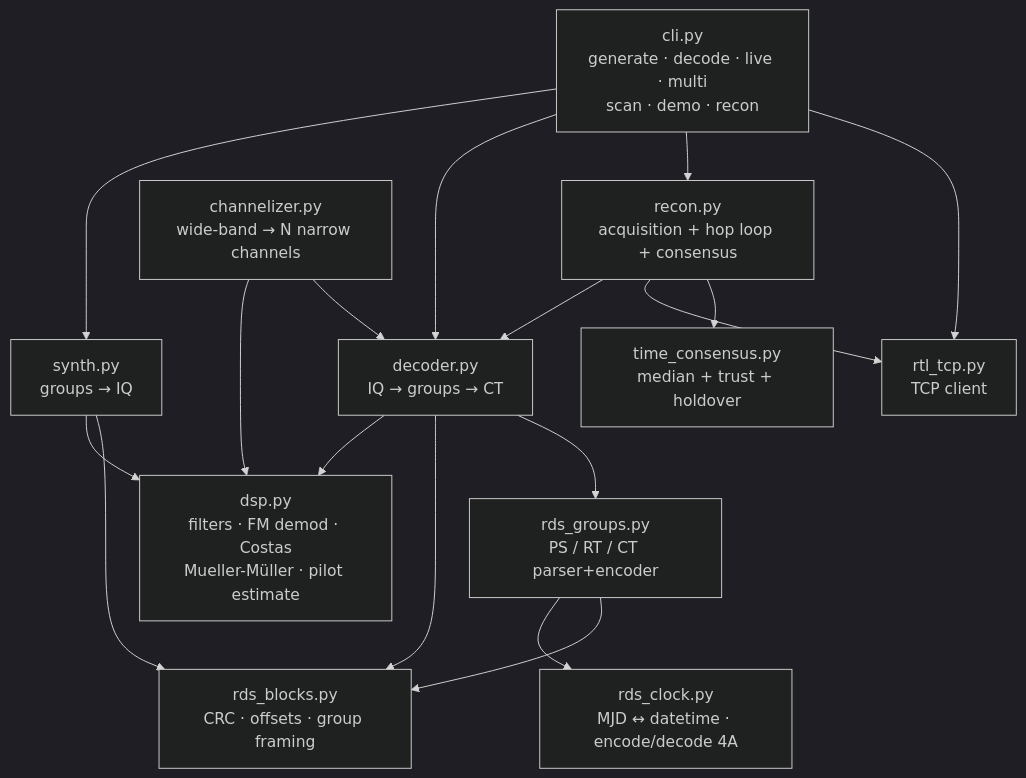
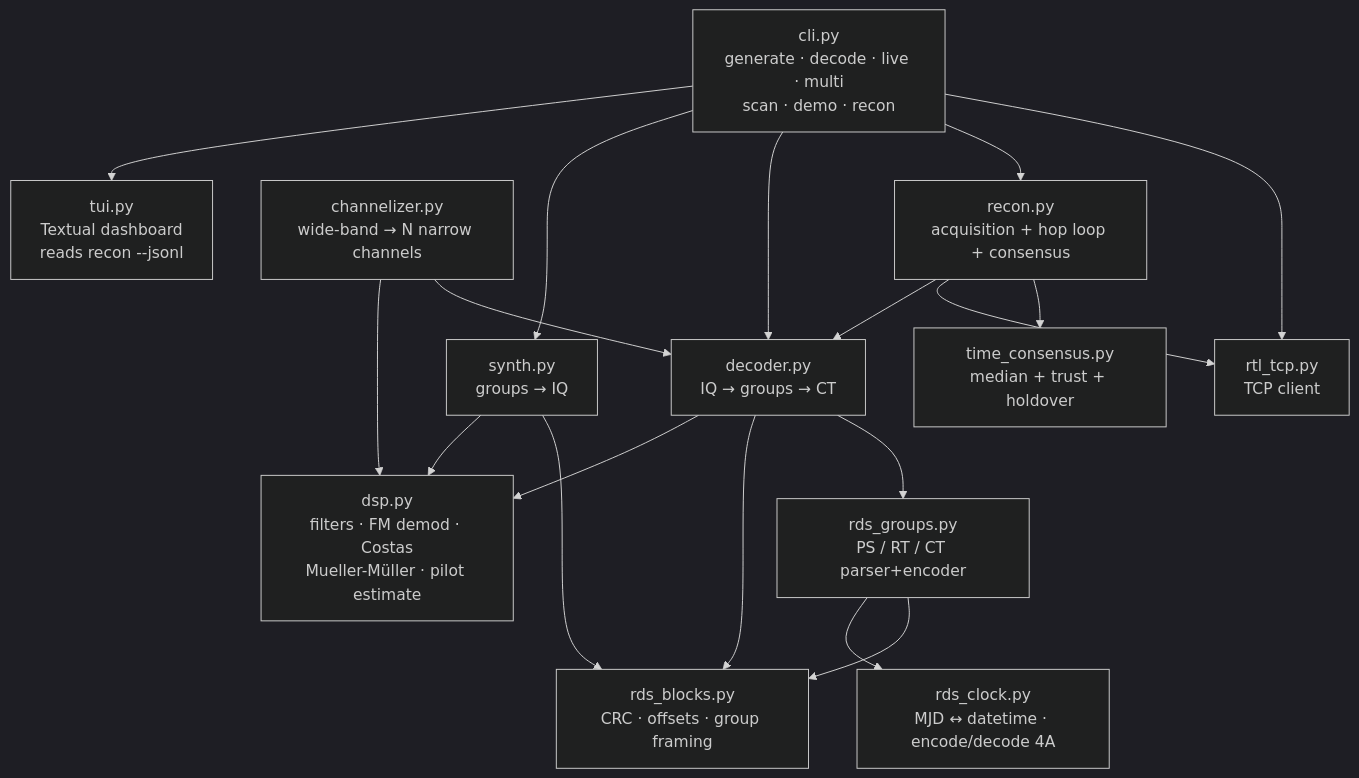
The first of 2 diagrams in docs/ARCHITECTURE.md (mateusz-klatt/rdsclock), drawn with Mermaid (dark theme) before and after one commit. The commit also changed other lines of this file and 17 other files, not shown here.

First line of the commit message:
feat: add a terminal dashboard for recon

````diff
--- a/docs/ARCHITECTURE.md
+++ b/docs/ARCHITECTURE.md
@@ -9,31 +9,33 @@
 ```mermaid
 flowchart TD
     cli[cli.py<br/>generate · decode · live · multi<br/>scan · demo · recon]
     synth[synth.py<br/>groups → IQ]
     decoder[decoder.py<br/>IQ → groups → CT]
     recon[recon.py<br/>acquisition + hop loop + consensus]
     dsp[dsp.py<br/>filters · FM demod · Costas<br/>Mueller-Müller · pilot estimate]
     channelizer[channelizer.py<br/>wide-band → N narrow channels]
     consensus[time_consensus.py<br/>median + trust + holdover]
     rds_blocks[rds_blocks.py<br/>CRC · offsets · group framing]
     rds_clock[rds_clock.py<br/>MJD ↔ datetime · encode/decode 4A]
     rds_groups[rds_groups.py<br/>PS / RT / CT parser+encoder]
     rtl_tcp[rtl_tcp.py<br/>TCP client]
+    tui[tui.py<br/>Textual dashboard<br/>reads recon --jsonl]
 
+    cli --> tui
     cli --> synth
     cli --> decoder
     cli --> recon
     cli --> rtl_tcp
     synth --> dsp
     synth --> rds_blocks
     decoder --> dsp
     decoder --> rds_blocks
     decoder --> rds_groups
     recon --> decoder
     recon --> rtl_tcp
     recon --> consensus
     channelizer --> dsp
     channelizer --> decoder
     rds_groups --> rds_clock
     rds_groups --> rds_blocks
 ```
````
